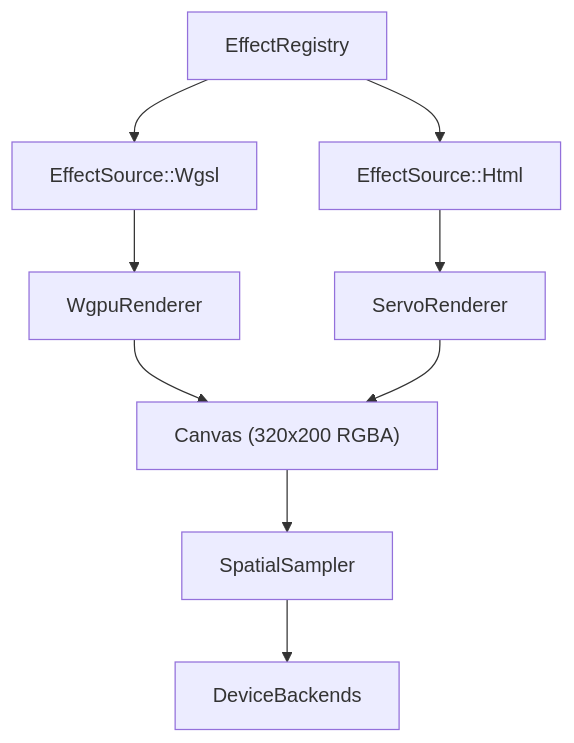
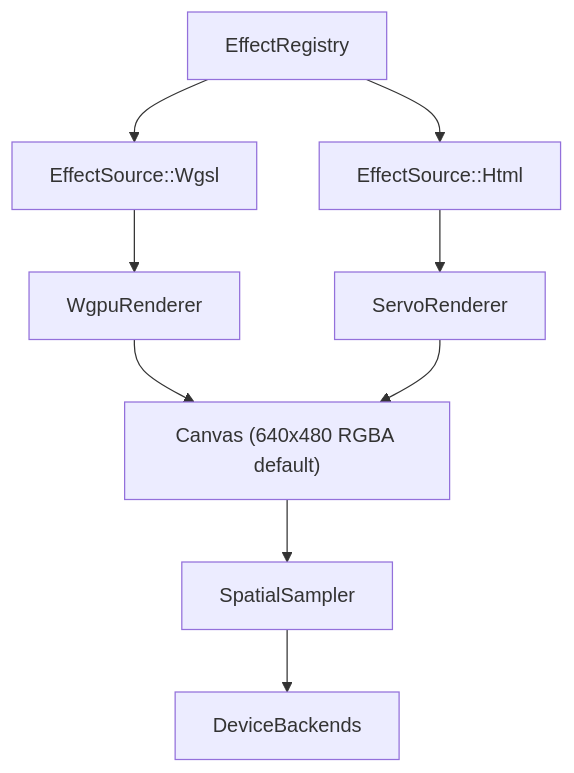
Before and after one commit to hyperb1iss/hypercolor: the first of 2 diagrams in docs/specs/07-effect-system.md, drawn with Mermaid. The commit also changed other lines of this file and 40 other files, not shown here.

````diff
--- a/docs/specs/07-effect-system.md
+++ b/docs/specs/07-effect-system.md
@@ -39,11 +42,11 @@
 ```mermaid
 graph TD
     Registry[EffectRegistry] --> Wgsl[EffectSource::Wgsl]
     Registry --> Html[EffectSource::Html]
     Wgsl --> WgpuRenderer
     Html --> ServoRenderer
-    WgpuRenderer --> Canvas["Canvas (320x200 RGBA)"]
+    WgpuRenderer --> Canvas["Canvas (640x480 RGBA default)"]
     ServoRenderer --> Canvas
     Canvas --> SpatialSampler
     SpatialSampler --> DeviceBackends
 ```
````
